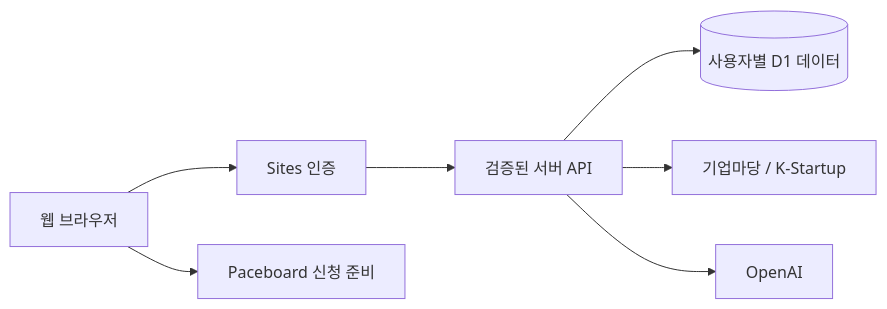
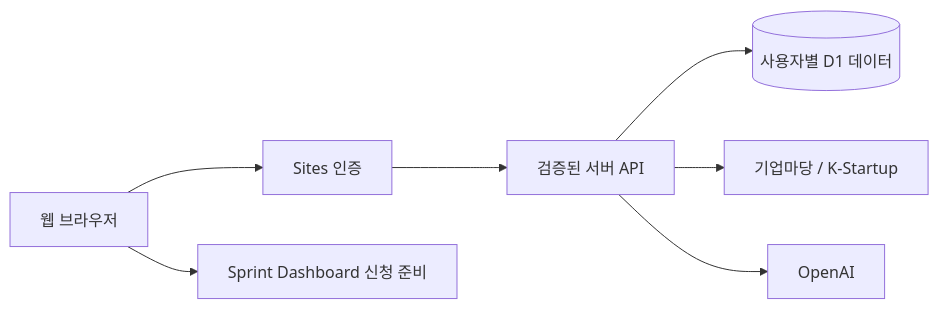
The diagram in README.md (dpwld/grant-project), drawn with Mermaid before and after one commit. The commit also changed other lines of this file and 8 other files, not shown here.

````diff
--- a/README.md
+++ b/README.md
@@ -83,9 +83,9 @@
 ```mermaid
 flowchart LR
   Browser[웹 브라우저] --> Auth[Sites 인증]
   Auth --> API[검증된 서버 API]
   API --> D1[(사용자별 D1 데이터)]
   API --> Public[기업마당 / K-Startup]
   API --> AI[OpenAI]
-  Browser --> Sprint[Paceboard 신청 준비]
+  Browser --> Sprint[Sprint Dashboard 신청 준비]
 ```
````
